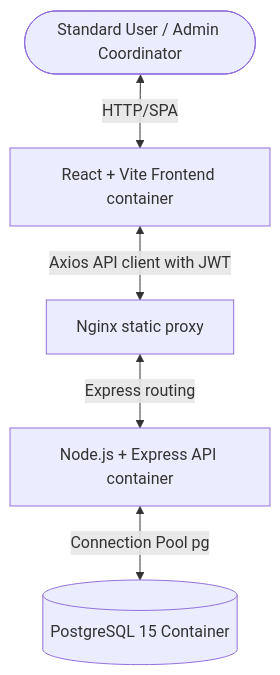
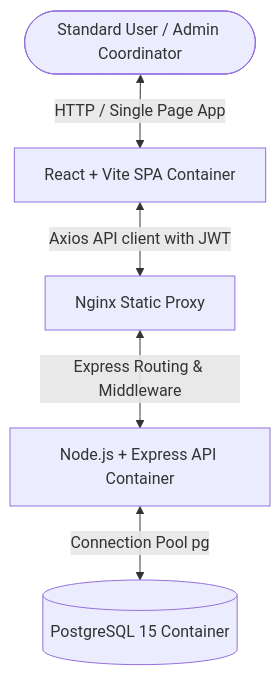
One commit to vivekparihar6009/smart-asset-manager changed the first of 3 diagrams in DESIGN_DOC.md. Above: the diagram before and after it, drawn with Mermaid. The commit also changed other lines of this file and 9 other files, not shown here.

````diff
--- a/DESIGN_DOC.md
+++ b/DESIGN_DOC.md
@@ -11,7 +30,7 @@
 ```mermaid
 graph TD
-    User([Standard User / Admin Coordinator]) <--> |HTTP/SPA| Frontend[React + Vite Frontend container]
-    Frontend <--> |Axios API client with JWT| ReverseProxy[Nginx static proxy]
-    ReverseProxy <--> |Express routing| Backend[Node.js + Express API container]
+    User([Standard User / Admin Coordinator]) <--> |HTTP / Single Page App| Frontend[React + Vite SPA Container]
+    Frontend <--> |Axios API client with JWT| ReverseProxy[Nginx Static Proxy]
+    ReverseProxy <--> |Express Routing & Middleware| Backend[Node.js + Express API Container]
     Backend <--> |Connection Pool pg| Database[(PostgreSQL 15 Container)]
 ```
````
